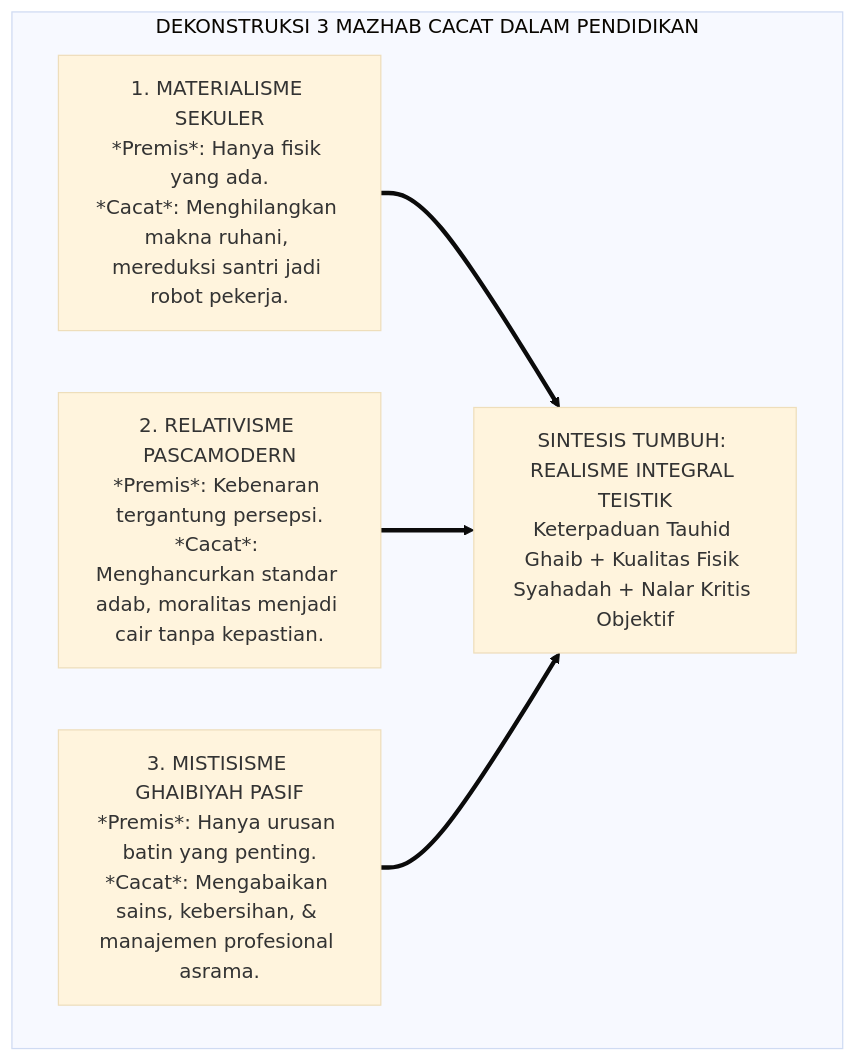
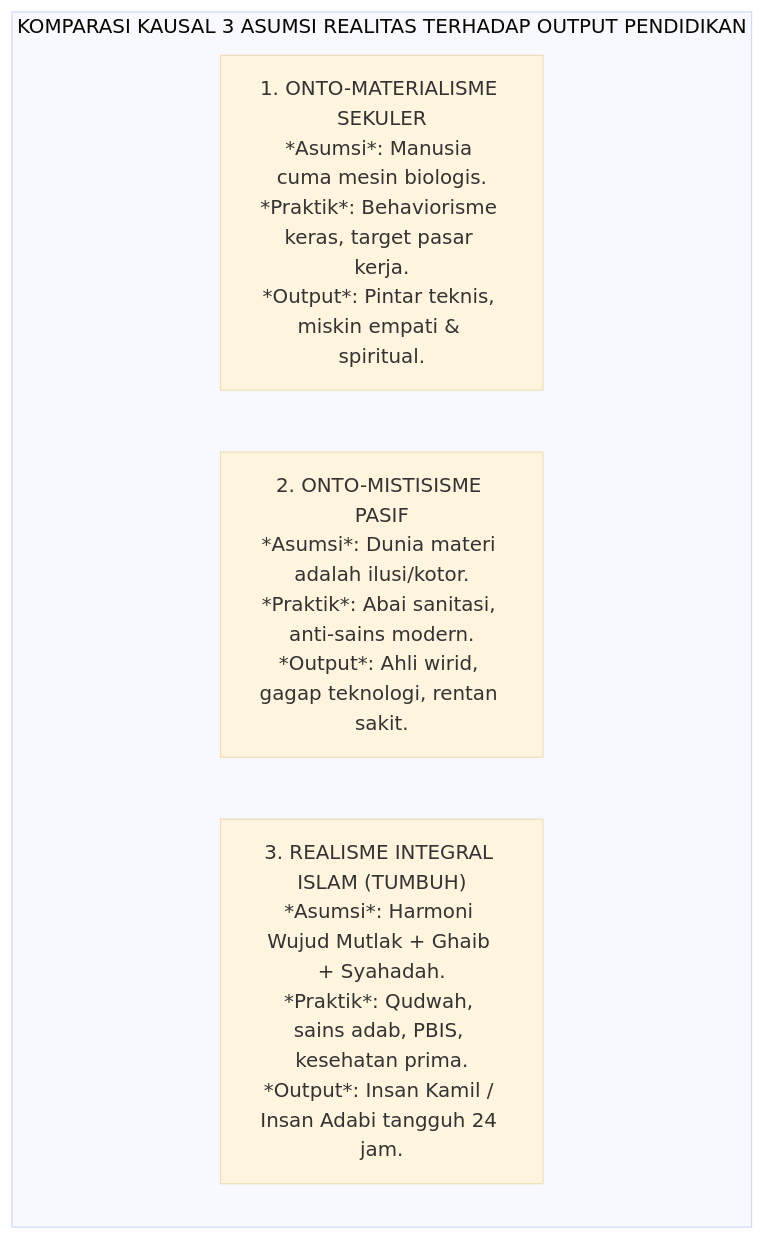
The third of 7 diagrams in 01 Philosophy/01 Worldview/P1-01-01-01-Kajian-Dialektika-Inkuiri-dan-Tanya-Jawab-Realitas.md (wandiapriliyandi/tumbuh), drawn with Mermaid (base theme) before and after one commit. The commit also changed other lines of this file, not shown here.

````diff
--- a/01 Philosophy/01 Worldview/P1-01-01-01-Kajian-Dialektika-Inkuiri-dan-Tanya-Jawab-Realitas.md
+++ b/01 Philosophy/01 Worldview/P1-01-01-01-Kajian-Dialektika-Inkuiri-dan-Tanya-Jawab-Realitas.md
@@ -149,10 +86,8 @@
 ```mermaid
 graph TD
-    subgraph DekonstruksiMazhab["DEKONSTRUKSI 3 MAZHAB CACAT DALAM PENDIDIKAN"]
-        A["1. MATERIALISME SEKULER<br/>*Premis*: Hanya fisik yang ada.<br/>*Cacat*: Menghilangkan makna ruhani, mereduksi santri jadi robot pekerja."]
-        B["2. RELATIVISME PASCAMODERN<br/>*Premis*: Kebenaran tergantung persepsi.<br/>*Cacat*: Menghancurkan standar adab, moralitas menjadi cair tanpa kepastian."]
-        C["3. MISTISISME GHAIBIYAH PASIF<br/>*Premis*: Hanya urusan batin yang penting.<br/>*Cacat*: Mengabaikan sains, kebersihan, & manajemen profesional asrama."]
-        
-        A & B & C ==> T["SINTESIS TUMBUH: REALISME INTEGRAL TEISTIK<br/>Keterpaduan Tauhid Ghaib + Kualitas Fisik Syahadah + Nalar Kritis Objektif"]
+    subgraph KomparasiParadigma["KOMPARASI KAUSAL 3 ASUMSI REALITAS TERHADAP OUTPUT PENDIDIKAN"]
+        P1["1. ONTO-MATERIALISME SEKULER<br/>*Asumsi*: Manusia cuma mesin biologis.<br/>*Praktik*: Behaviorisme keras, target pasar kerja.<br/>*Output*: Pintar teknis, miskin empati & spiritual."]
+        P2["2. ONTO-MISTISISME PASIF<br/>*Asumsi*: Dunia materi adalah ilusi/kotor.<br/>*Praktik*: Abai sanitasi, anti-sains modern.<br/>*Output*: Ahli wirid, gagap teknologi, rentan sakit."]
+        P3["3. REALISME INTEGRAL ISLAM (TUMBUH)<br/>*Asumsi*: Harmoni Wujud Mutlak + Ghaib + Syahadah.<br/>*Praktik*: Qudwah, sains adab, PBIS, kesehatan prima.<br/>*Output*: Insan Kamil / Insan Adabi tangguh 24 jam."]
     end
 ```
````
